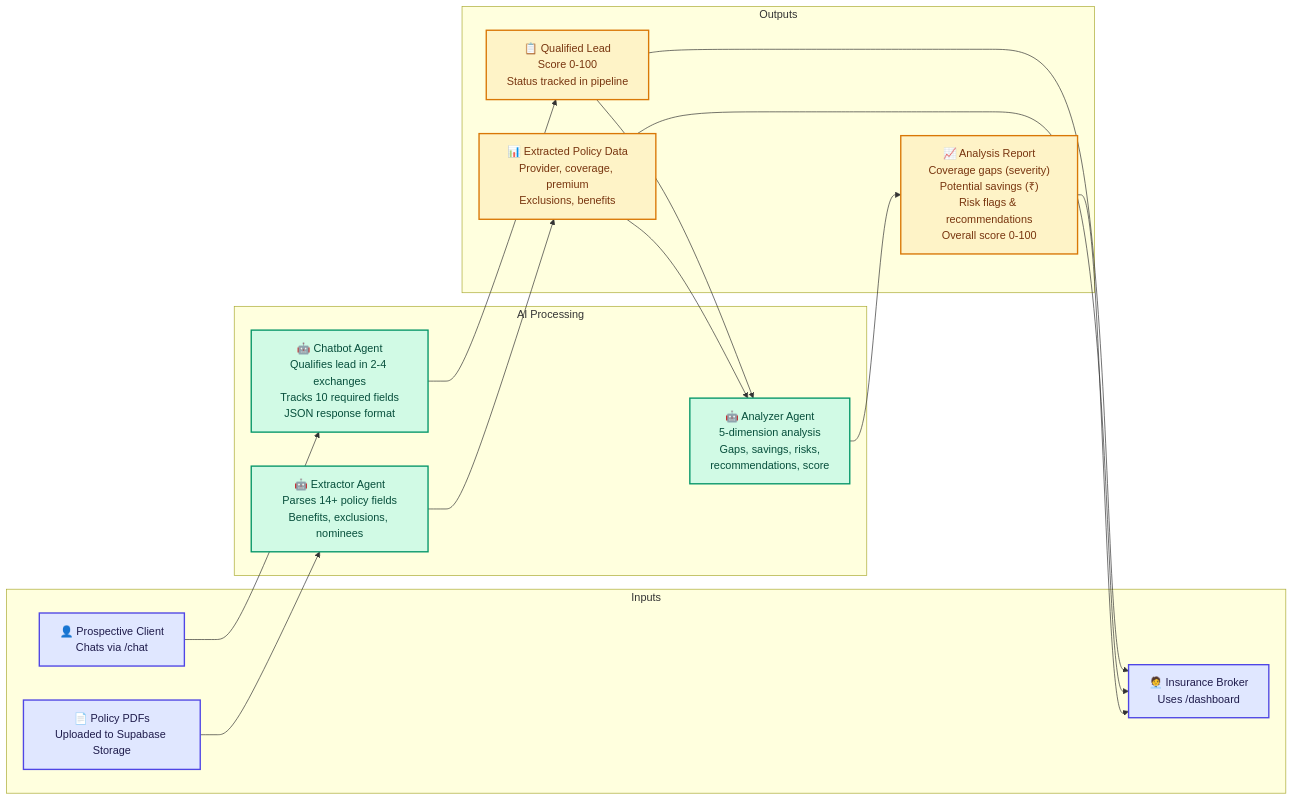
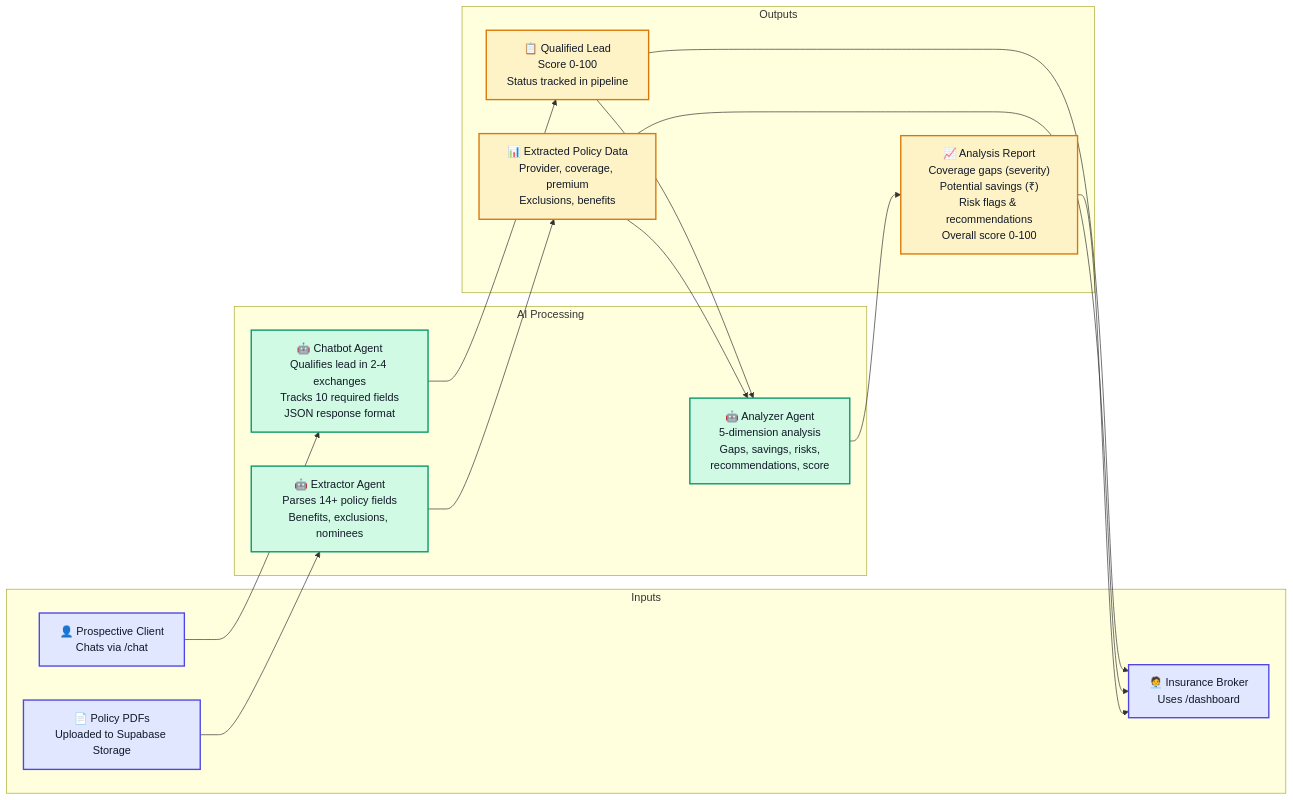
Before and after one commit to Aarav238/secureLife-ai: the second of 2 diagrams in diagrams/system-architecture.md, drawn with Mermaid. The commit also changed other lines of this file and 2 other files, not shown here.

Commit message:
feat: update diagrams with consistent theme variables for improved styling and clarity

````diff
--- a/diagrams/system-architecture.md
+++ b/diagrams/system-architecture.md
@@ -106,36 +106,36 @@
 ```mermaid
 flowchart LR
     subgraph Inputs["Inputs"]
         User["👤 Prospective Client<br/>Chats via /chat"]
         Broker["🧑‍💼 Insurance Broker<br/>Uses /dashboard"]
         PDF["📄 Policy PDFs<br/>Uploaded to Supabase Storage"]
     end
 
     subgraph Processing["AI Processing"]
         Qualify["🤖 Chatbot Agent<br/>Qualifies lead in 2-4 exchanges<br/>Tracks 10 required fields<br/>JSON response format"]
         Extract["🤖 Extractor Agent<br/>Parses 14+ policy fields<br/>Benefits, exclusions, nominees"]
         Analyze["🤖 Analyzer Agent<br/>5-dimension analysis<br/>Gaps, savings, risks,<br/>recommendations, score"]
     end
 
     subgraph Outputs["Outputs"]
         Lead["📋 Qualified Lead<br/>Score 0-100<br/>Status tracked in pipeline"]
         PolicyData["📊 Extracted Policy Data<br/>Provider, coverage, premium<br/>Exclusions, benefits"]
         Report["📈 Analysis Report<br/>Coverage gaps (severity)<br/>Potential savings (₹)<br/>Risk flags & recommendations<br/>Overall score 0-100"]
     end
 
     User --> Qualify
     Qualify --> Lead
     PDF --> Extract
     Extract --> PolicyData
     Lead & PolicyData --> Analyze
     Analyze --> Report
     Lead & PolicyData & Report --> Broker
 
-    classDef input fill:#e0e7ff,stroke:#4f46e5,stroke-width:2px,color:#1e1b4b
-    classDef process fill:#d1fae5,stroke:#059669,stroke-width:2px,color:#064e3b
-    classDef output fill:#fef3c7,stroke:#d97706,stroke-width:2px,color:#78350f
+    classDef input fill:#e0e7ff,stroke:#4f46e5,stroke-width:2px,color:#111827
+    classDef process fill:#d1fae5,stroke:#059669,stroke-width:2px,color:#111827
+    classDef output fill:#fef3c7,stroke:#d97706,stroke-width:2px,color:#111827
 
     class User,Broker,PDF input
     class Qualify,Extract,Analyze process
     class Lead,PolicyData,Report output
 ```
````
